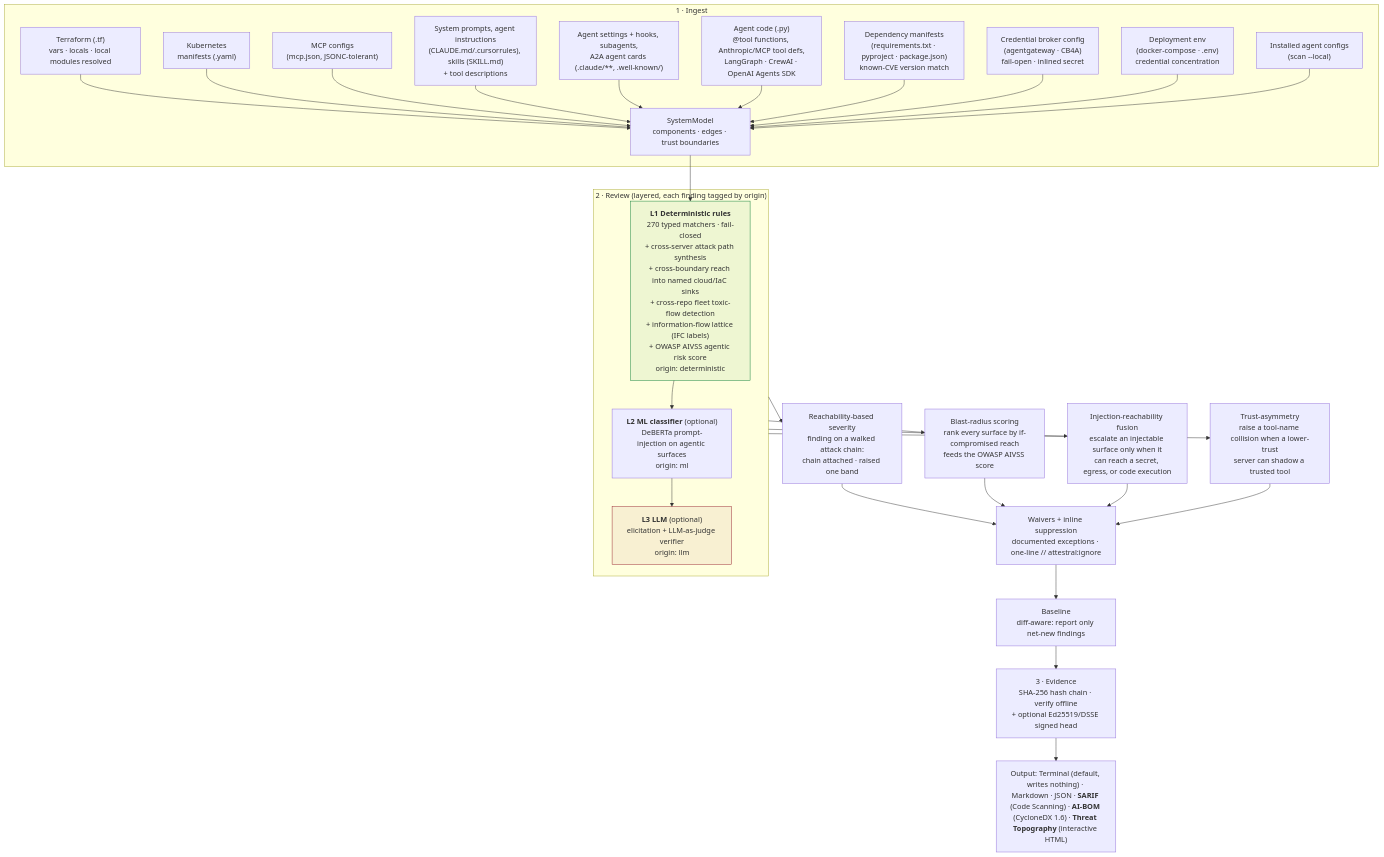
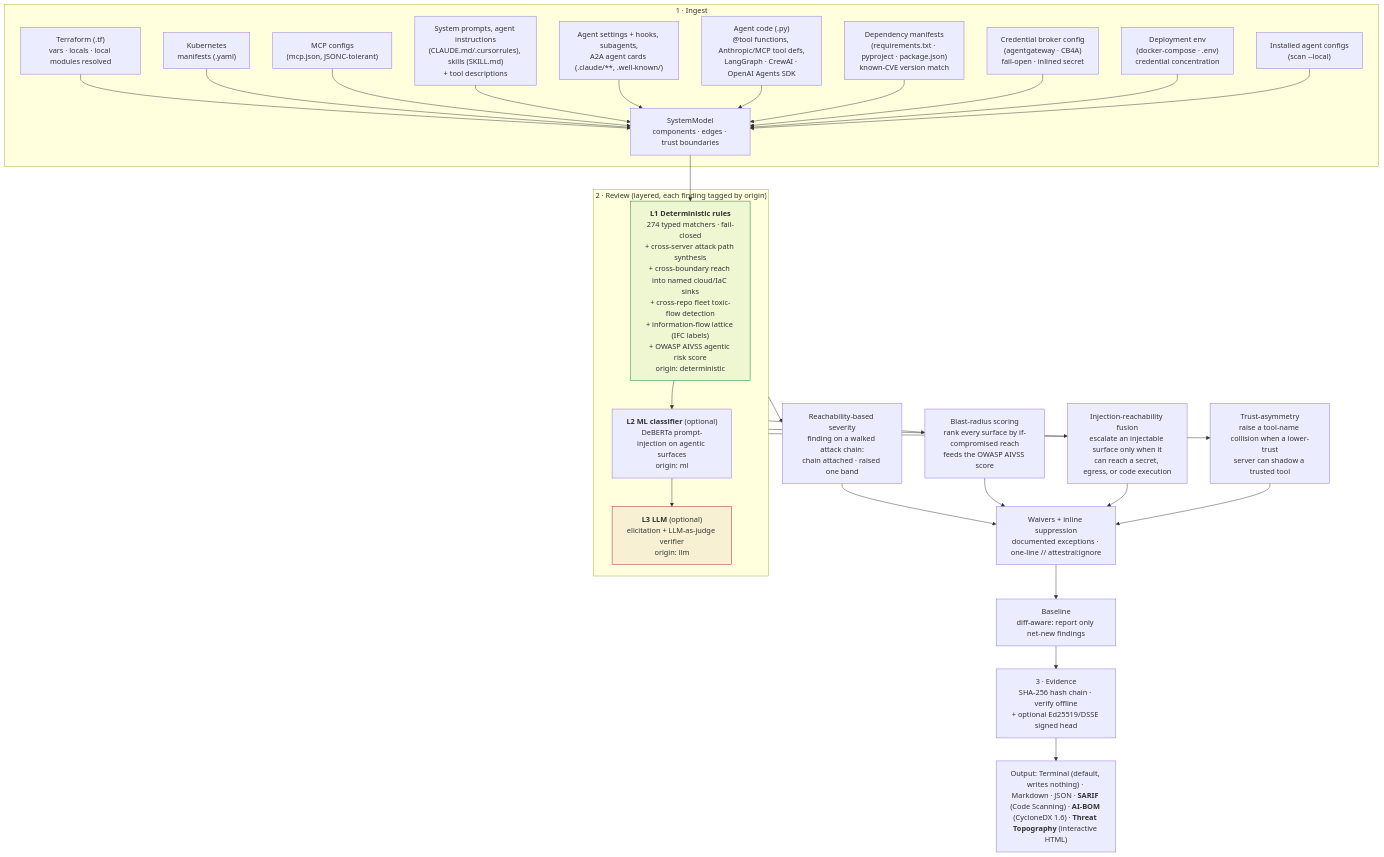
The first of 5 diagrams in README.md (attestral-labs/attestral), drawn with Mermaid before and after one commit. The commit also changed other lines of this file and 8 other files, not shown here.

````diff
--- a/README.md
+++ b/README.md
@@ -124,36 +124,36 @@
 ```mermaid
 flowchart TB
     subgraph ING["1 · Ingest"]
         TF["Terraform (.tf)<br/>vars · locals · local modules resolved"] --> M
         K8S["Kubernetes<br/>manifests (.yaml)"] --> M
         MCP["MCP configs<br/>(mcp.json, JSONC-tolerant)"] --> M
         SP["System prompts, agent instructions<br/>(CLAUDE.md/.cursorrules), skills (SKILL.md)<br/>+ tool descriptions"] --> M
         AC["Agent settings + hooks, subagents,<br/>A2A agent cards (.claude/**, .well-known/)"] --> M
         CODE["Agent code (.py)<br/>@tool functions, Anthropic/MCP tool defs,<br/>LangGraph · CrewAI · OpenAI Agents SDK"] --> M
         DEP["Dependency manifests<br/>(requirements.txt · pyproject · package.json)<br/>known-CVE version match"] --> M
         GW["Credential broker config<br/>(agentgateway · CB4A)<br/>fail-open · inlined secret"] --> M
         DENV["Deployment env<br/>(docker-compose · .env)<br/>credential concentration"] --> M
         LC["Installed agent configs<br/>(scan --local)"] --> M
         M["SystemModel<br/>components · edges · trust boundaries"]
     end
     M --> L1
     subgraph REV["2 · Review (layered, each finding tagged by origin)"]
-        L1["<b>L1 Deterministic rules</b><br/>270 typed matchers · fail-closed<br/>+ cross-server attack path synthesis<br/>+ cross-boundary reach into named cloud/IaC sinks<br/>+ cross-repo fleet toxic-flow detection<br/>+ information-flow lattice (IFC labels)<br/>+ OWASP AIVSS agentic risk score<br/>origin: deterministic"]
+        L1["<b>L1 Deterministic rules</b><br/>274 typed matchers · fail-closed<br/>+ cross-server attack path synthesis<br/>+ cross-boundary reach into named cloud/IaC sinks<br/>+ cross-repo fleet toxic-flow detection<br/>+ information-flow lattice (IFC labels)<br/>+ OWASP AIVSS agentic risk score<br/>origin: deterministic"]
         L2["<b>L2 ML classifier</b> (optional)<br/>DeBERTa prompt-injection on agentic surfaces<br/>origin: ml"]
         L3["<b>L3 LLM</b> (optional)<br/>elicitation + LLM-as-judge verifier<br/>origin: llm"]
         L1 --> L2 --> L3
     end
     REV --> RS["Reachability-based severity<br/>finding on a walked attack chain:<br/>chain attached · raised one band"]
     REV --> BR["Blast-radius scoring<br/>rank every surface by if-compromised reach<br/>feeds the OWASP AIVSS score"]
     REV --> IR["Injection-reachability fusion<br/>escalate an injectable surface only when it<br/>can reach a secret, egress, or code execution"]
     REV --> TA["Trust-asymmetry<br/>raise a tool-name collision when a lower-trust<br/>server can shadow a trusted tool"]
     RS --> W["Waivers + inline suppression<br/>documented exceptions · one-line // attestral:ignore"]
     BR --> W
     IR --> W
     TA --> W
     W --> BL["Baseline<br/>diff-aware: report only net-new findings"]
     BL --> EV["3 · Evidence<br/>SHA-256 hash chain · verify offline<br/>+ optional Ed25519/DSSE signed head"]
     EV --> OUT["Output: Terminal (default, writes nothing) · Markdown · JSON · <b>SARIF</b> (Code Scanning) · <b>AI-BOM</b> (CycloneDX 1.6) · <b>Threat Topography</b> (interactive HTML)"]
     style L1 fill:#0a7d3611,stroke:#0a7d36
     style L3 fill:#96222E11,stroke:#96222E
 ```
````
